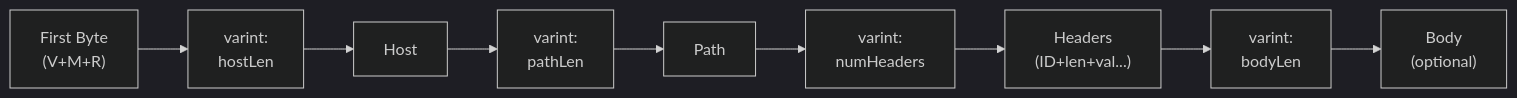
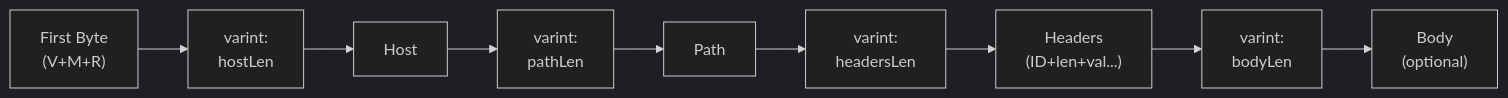
The second of 4 diagrams in docs/protocol-definition.md (qo-proto/qh), drawn with Mermaid (dark theme) before and after one commit. The commit also changed other lines of this file and 4 other files, not shown here.

Commit message:
replace numHeaders with totalHeaderLength

````diff
--- a/docs/protocol-definition.md
+++ b/docs/protocol-definition.md
@@ -430,11 +432,11 @@
 ```mermaid
 flowchart LR
     A["First Byte<br/>(V+M+R)"] --> B["varint:<br/>hostLen"]
     B --> C["Host"]
     C --> D["varint:<br/>pathLen"]
     D --> E["Path"]
-    E --> F["varint:<br/>numHeaders"]
+    E --> F["varint:<br/>headersLen"]
     F --> G["Headers<br/>(ID+len+val...)"]
     G --> H["varint:<br/>bodyLen"]
     H --> I["Body<br/>(optional)"]
 ```
````
